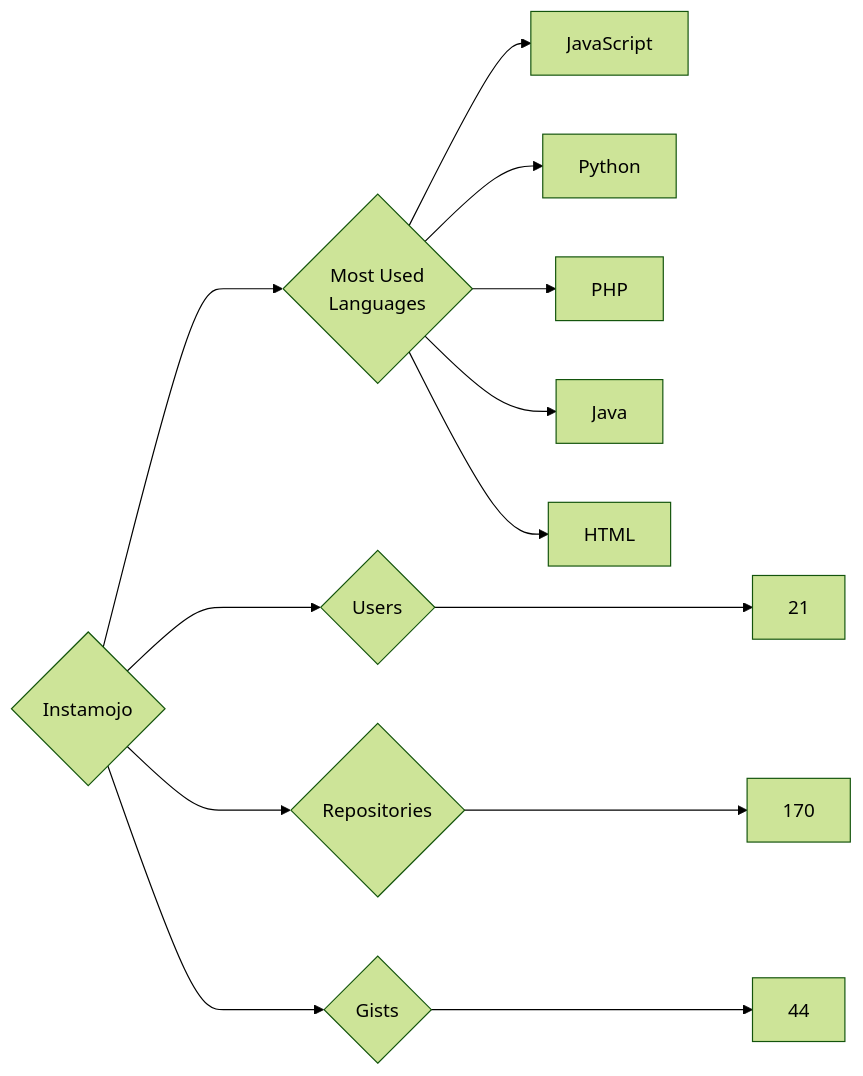
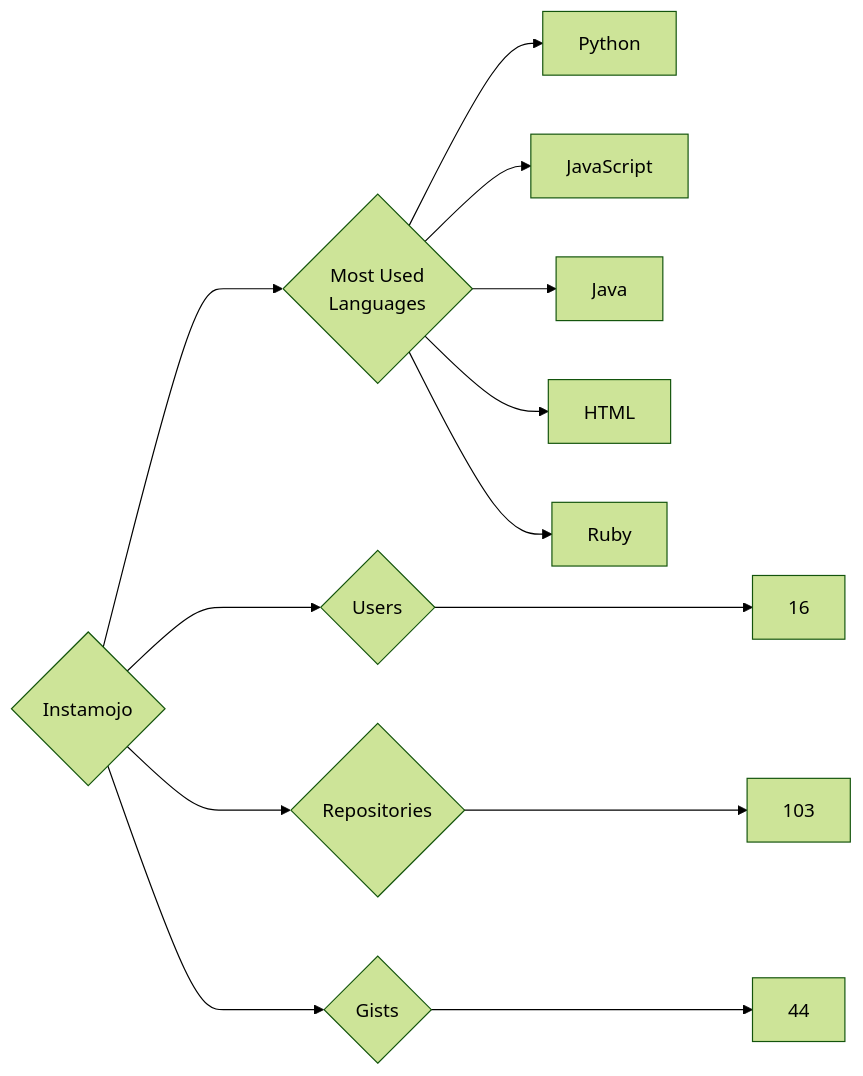
One commit to trickest/insiders changed the diagram in targets/Instamojo/README.md. Above: the diagram before and after it, drawn with Mermaid (forest theme). The commit also changed 1195 other files, not shown here.

````diff
--- a/targets/Instamojo/README.md
+++ b/targets/Instamojo/README.md
@@ -3,13 +3,13 @@
 ```mermaid
 graph LR
 COMPANY_NAME{Instamojo}
-COMPANY_NAME ---> U{Users} ---> UN[21]
-COMPANY_NAME ---> R{Repositories} ---> RN[170]
+COMPANY_NAME ---> U{Users} ---> UN[16]
+COMPANY_NAME ---> R{Repositories} ---> RN[103]
 COMPANY_NAME ---> G{Gists} ---> GN[44]
 COMPANY_NAME ---> ML{Most Used<br>Languages}
+ML --> Python[Python]
 ML --> JavaScript[JavaScript]
-ML --> Python[Python]
-ML --> PHP[PHP]
 ML --> Java[Java]
 ML --> HTML[HTML]
+ML --> Ruby[Ruby]
 ```
````
